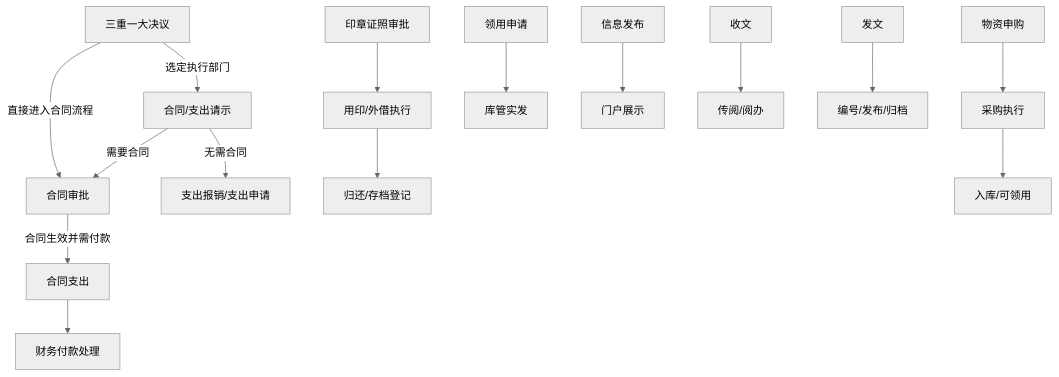
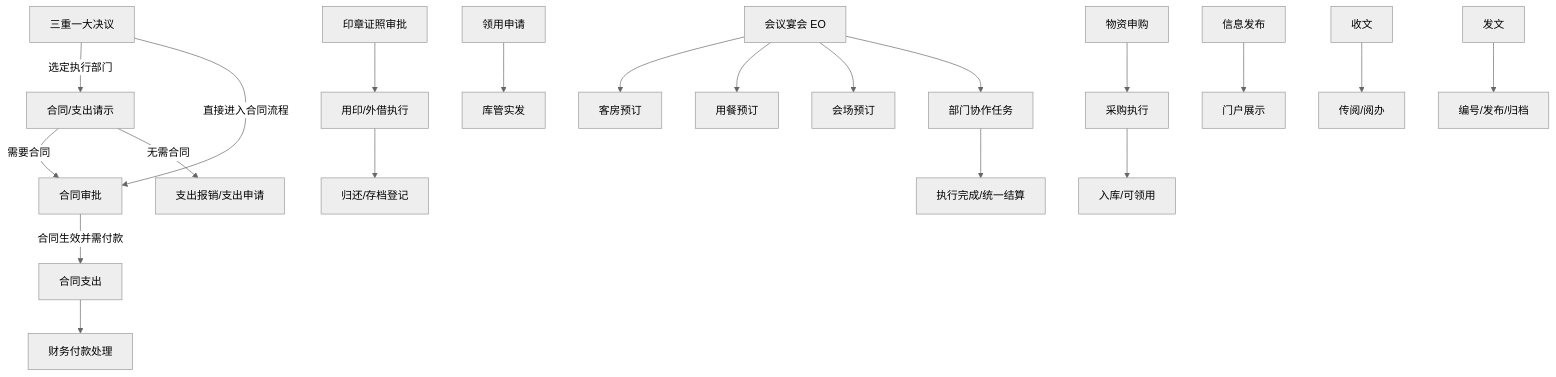
One commit to yiting001/oa-hotel-v1 changed the second of 2 diagrams in docs/requirements/01-domain-and-module-map.md. Above: the diagram before and after it, drawn with Mermaid (neutral theme). The commit also changed other lines of this file and 12 other files, not shown here.

````diff
--- a/docs/requirements/01-domain-and-module-map.md
+++ b/docs/requirements/01-domain-and-module-map.md
@@ -87,17 +88,22 @@
 ```mermaid
 flowchart TD
   A[合同/支出请示] -->|需要合同| B[合同审批]
   A -->|无需合同| D[支出报销/支出申请]
   B -->|合同生效并需付款| C[合同支出]
   C --> E[财务付款处理]
   T[三重一大决议] -->|选定执行部门| A
   T -->|直接进入合同流程| B
   S[印章证照审批] --> U[用印/外借执行]
   U --> R[归还/存档登记]
   P[物资申购] --> Q[采购执行]
   Q --> I[入库/可领用]
   L[领用申请] --> O[库管实发]
+  EO[会议宴会 EO] --> ROOM[客房预订]
+  EO --> MEAL[用餐预订]
+  EO --> VENUE[会场预订]
+  EO --> COLLAB[部门协作任务]
+  COLLAB --> SETTLE[执行完成/统一结算]
   NEWS[信息发布] --> PORTAL[门户展示]
   IN[收文] --> READ[传阅/阅办]
   OUT[发文] --> ARCHIVE[编号/发布/归档]
 ```
````
